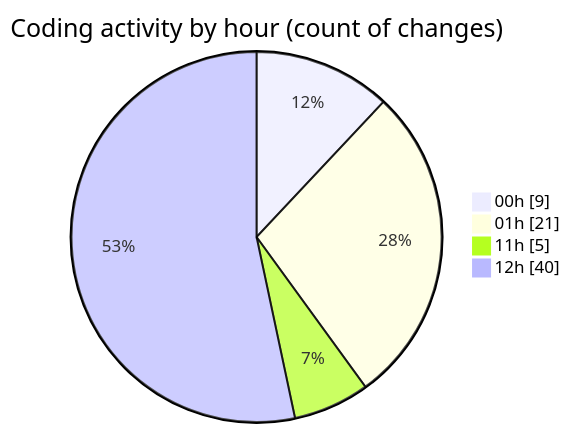
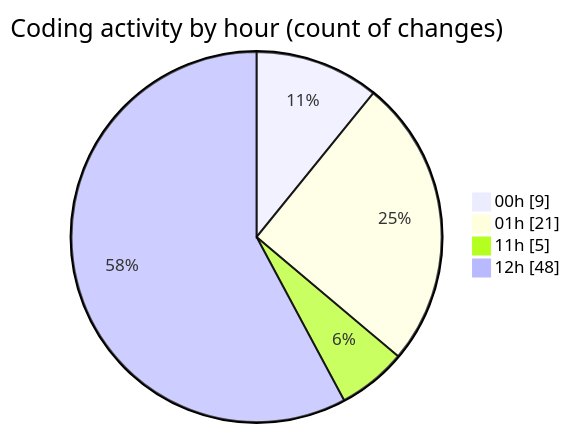
One commit to nxtqubesakshisongat/code-tracking changed the second of 2 diagrams in 2025-10-25/javacript/README.md. Above: the diagram before and after it, drawn with Mermaid. The commit also changed other lines of this file and 1 other file, not shown here.

````diff
--- a/2025-10-25/javacript/README.md
+++ b/2025-10-25/javacript/README.md
@@ -31,8 +31,8 @@
 ```mermaid
 pie showData
 title Coding activity by hour (count of changes)
 "00h" : 9
 "01h" : 21
 "11h" : 5
-"12h" : 40
+"12h" : 48
 ```
````
